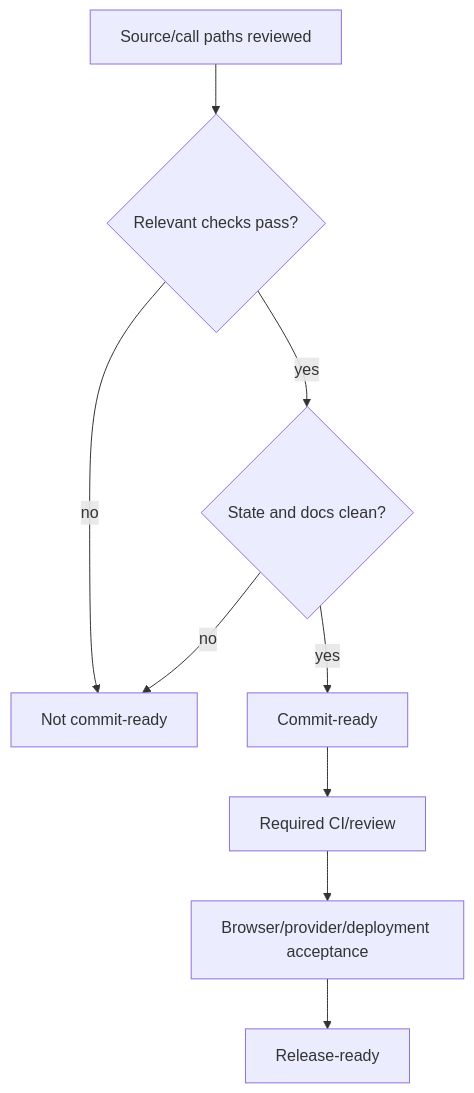
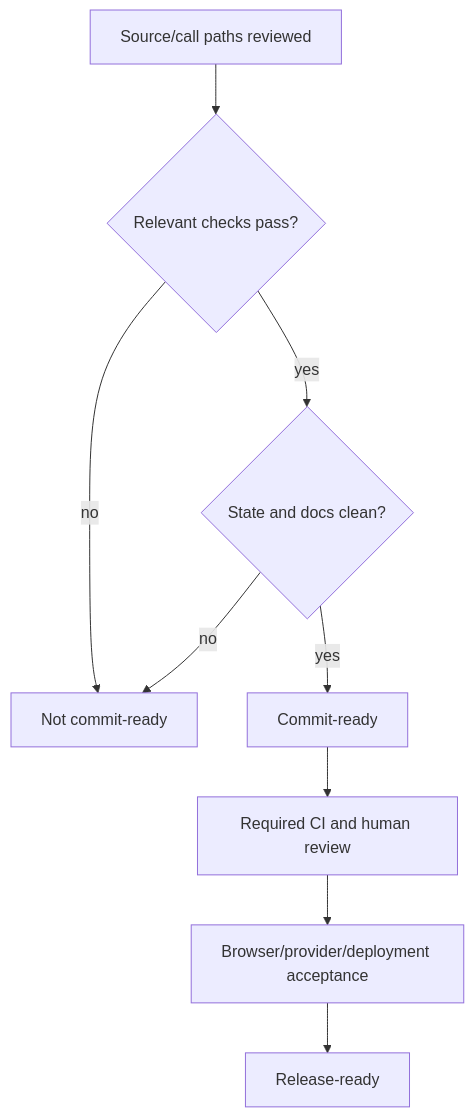
The second of 2 diagrams in .agents/skills/code-review/SKILL.md (supercheck-io/supercheck), drawn with Mermaid before and after one commit. The commit also changed 8 other files, not shown here.

````diff
--- a/.agents/skills/code-review/SKILL.md
+++ b/.agents/skills/code-review/SKILL.md
@@ -55,11 +55,11 @@
 ```mermaid
 flowchart TD
   REVIEW[Source/call paths reviewed] --> CHECK{Relevant checks pass?}
   CHECK -->|no| BLOCK[Not commit-ready]
   CHECK -->|yes| CLEAN{State and docs clean?}
   CLEAN -->|no| BLOCK
   CLEAN -->|yes| COMMIT[Commit-ready]
-  COMMIT --> CI[Required CI/review]
+  COMMIT --> CI[Required CI and human review]
   CI --> ACCEPT[Browser/provider/deployment acceptance]
   ACCEPT --> RELEASE[Release-ready]
 ```
````
